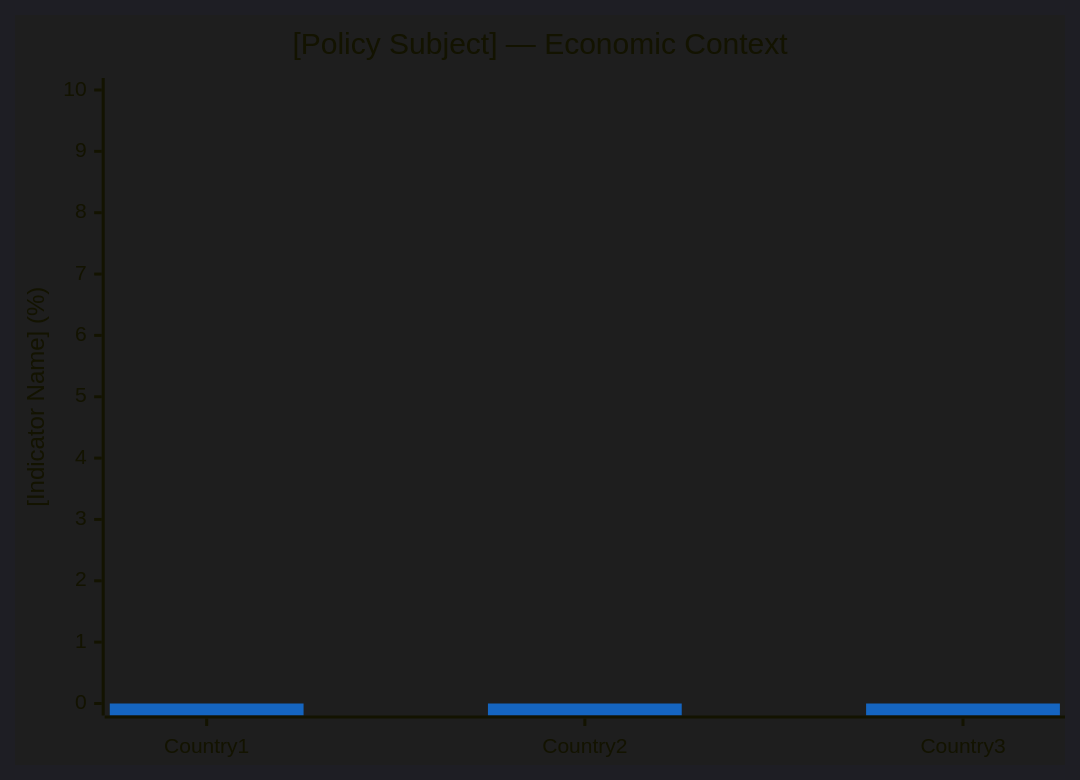
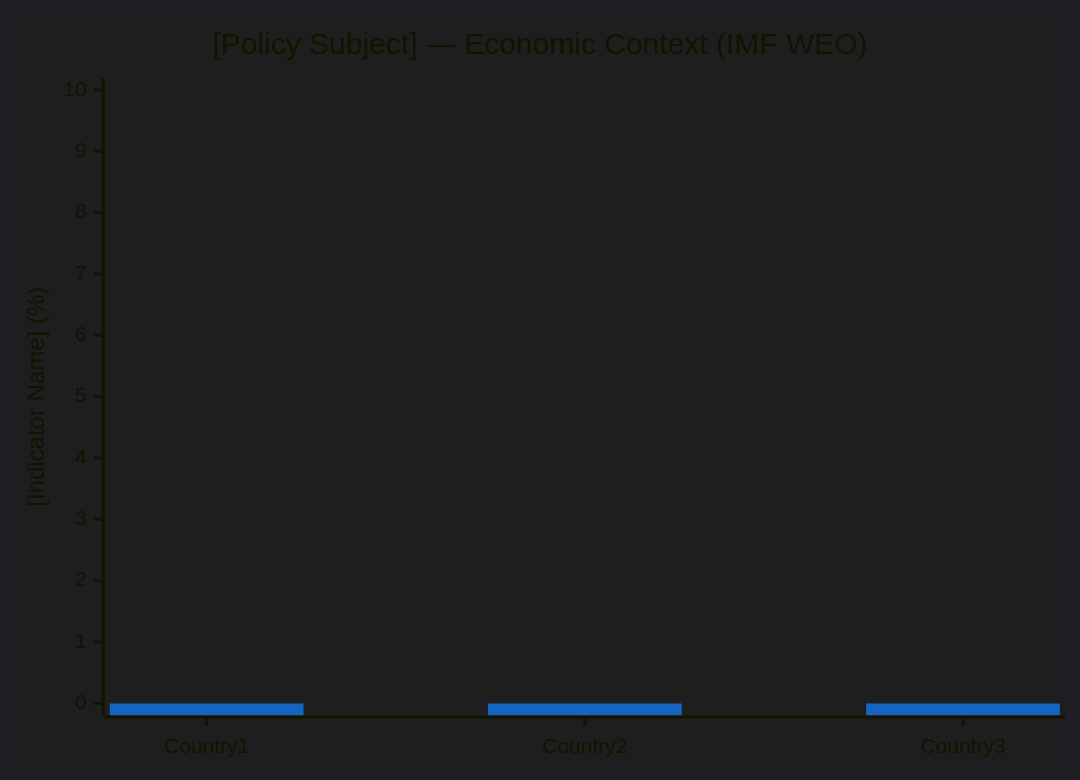
The fifth of 5 diagrams in analysis/templates/per-file-political-intelligence.md (Hack23/euparliamentmonitor), drawn with Mermaid before and after one commit. The commit also changed other lines of this file and 31 other files, not shown here.

````diff
--- a/analysis/templates/per-file-political-intelligence.md
+++ b/analysis/templates/per-file-political-intelligence.md
@@ -454,8 +460,8 @@
 ```mermaid
 %%{init: {"theme":"dark","themeVariables":{"primaryColor":"#1565C0","primaryTextColor":"#ffffff","primaryBorderColor":"#0A3F7F","lineColor":"#90CAF9","secondaryColor":"#2E7D32","secondaryTextColor":"#ffffff","secondaryBorderColor":"#0F3F00","tertiaryColor":"#FF9800","tertiaryTextColor":"#000000","tertiaryBorderColor":"#7F4F00","mainBkg":"#1565C0","secondBkg":"#2E7D32","tertiaryBkg":"#FF9800","noteBkgColor":"#FFC107","noteTextColor":"#000000","noteBorderColor":"#7F6000","errorBkgColor":"#D32F2F","errorTextColor":"#ffffff","fontFamily":"Inter, Helvetica, Arial, sans-serif","pie1":"#1565C0","pie2":"#2E7D32","pie3":"#FF9800","pie4":"#D32F2F","pie5":"#FFC107","pie6":"#7B1FA2","pie7":"#9E9E9E","pie8":"#0288D1","pie9":"#388E3C","pie10":"#F57C00","pie11":"#C62828","pie12":"#FBC02D","pieTitleTextSize":"18px","pieSectionTextSize":"14px","pieLegendTextSize":"13px","pieStrokeColor":"#1e1e1e","pieOuterStrokeColor":"#1e1e1e","git0":"#1565C0","git1":"#2E7D32","git2":"#FF9800","git3":"#D32F2F","gitBranchLabel0":"#ffffff","gitBranchLabel1":"#ffffff","gitBranchLabel2":"#000000","gitBranchLabel3":"#ffffff","cScale0":"#1565C0","cScale1":"#2E7D32","cScale2":"#FF9800","cScale3":"#D32F2F","cScale4":"#FFC107","cScale5":"#7B1FA2","cScale6":"#9E9E9E","cScale7":"#0288D1","xyChart":{"backgroundColor":"#1e1e1e","plotColorPalette":"#1565C0,#2E7D32,#FF9800,#D32F2F,#FFC107,#7B1FA2,#9E9E9E"}}}}%%
 xychart-beta
-    title "[Policy Subject] — Economic Context"
+    title "[Policy Subject] — Economic Context (IMF WEO)"
     x-axis ["Country1", "Country2", "Country3"]
     y-axis "[Indicator Name] (%)" 0 --> 10
     bar [0, 0, 0]
 ```
````
